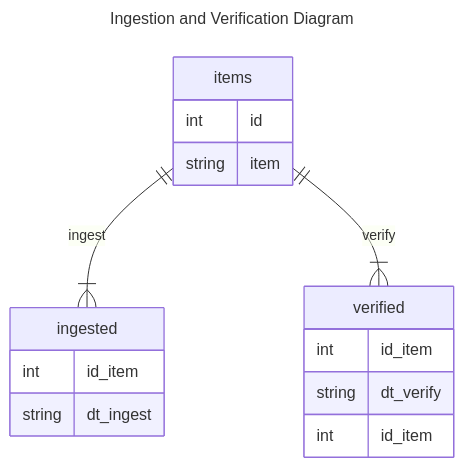
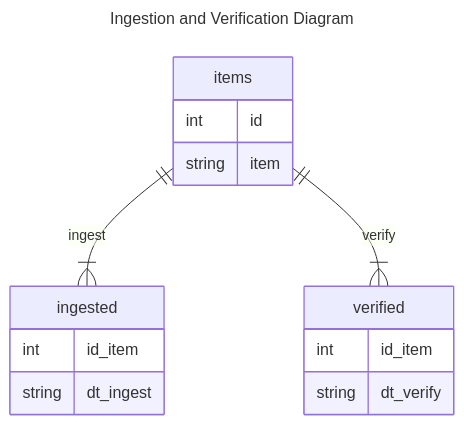
The diagram in README.md (kaust-library-systems/r2pdb), drawn with Mermaid before and after one commit.

````diff
--- a/README.md
+++ b/README.md
@@ -7,21 +7,20 @@
 ```mermaid
 --- 
 title: Ingestion and Verification Diagram
 ---
 erDiagram
     items ||--|{ ingested : ingest
     items {
         int id
         string item
     }
     ingested {
         int id_item
         string dt_ingest
     }
     items ||--|{ verified: verify
     verified {
         int id_item
         string dt_verify
-        int id_item
     }
 ```
````
